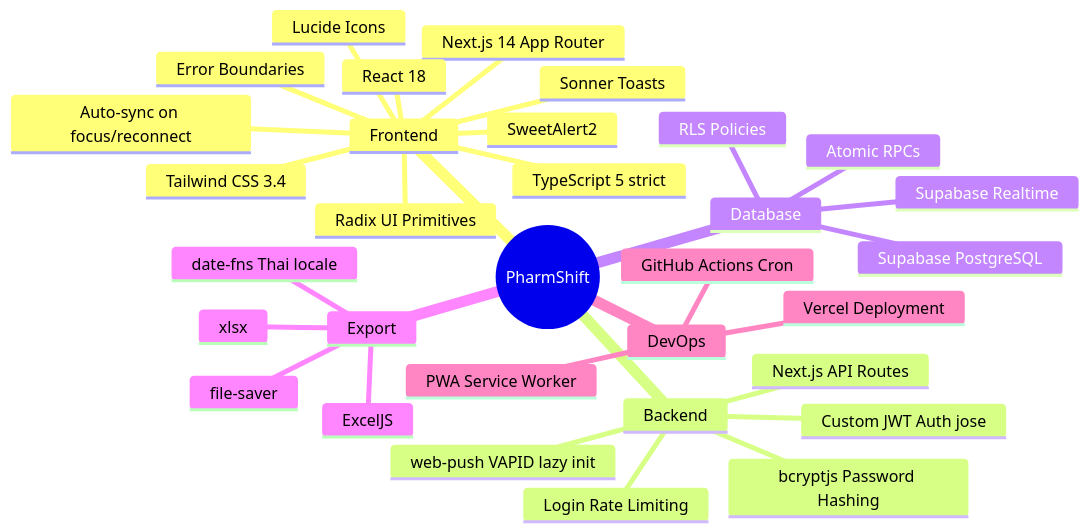
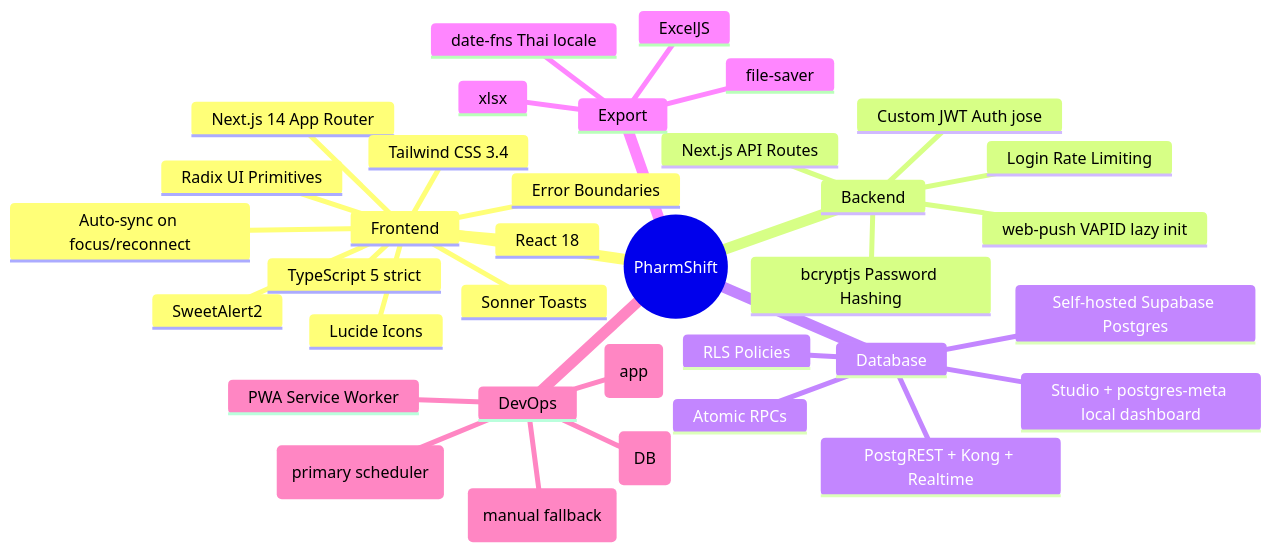
Before and after one commit to codex074/pharmshift: the fourth of 5 diagrams in README.md, drawn with Mermaid. The commit also changed other lines of this file, not shown here.

First line of the commit message:
Update README to reflect Hostinger VPS architecture and VPS crontab

````diff
--- a/README.md
+++ b/README.md
@@ -135,35 +143,38 @@
 ```mermaid
 mindmap
   root((PharmShift))
     Frontend
       Next.js 14 App Router
       React 18
       TypeScript 5 strict
       Tailwind CSS 3.4
       Radix UI Primitives
       Lucide Icons
       Sonner Toasts
       SweetAlert2
       Error Boundaries
       Auto-sync on focus/reconnect
     Backend
       Next.js API Routes
       Custom JWT Auth jose
       bcryptjs Password Hashing
       Login Rate Limiting
       web-push VAPID lazy init
     Database
-      Supabase PostgreSQL
-      Supabase Realtime
+      Self-hosted Supabase Postgres
+      PostgREST + Kong + Realtime
       RLS Policies
       Atomic RPCs
+      Studio + postgres-meta local dashboard
     Export
       ExcelJS
       xlsx
       file-saver
       date-fns Thai locale
     DevOps
-      Vercel Deployment
-      GitHub Actions Cron
+      Vercel Deployment (app)
+      Hostinger VPS + Docker Compose (DB)
+      VPS Crontab (primary scheduler)
+      GitHub Actions (manual fallback)
       PWA Service Worker
 ```
````
